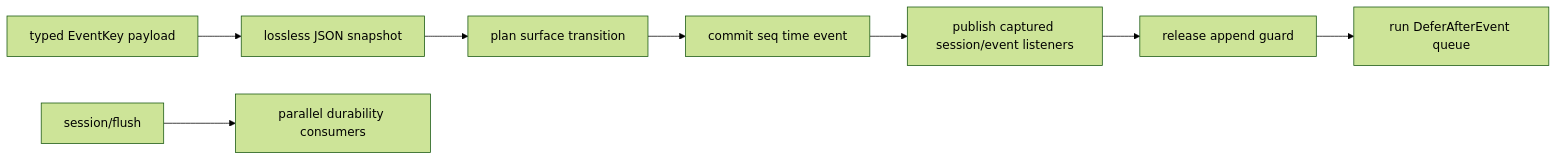
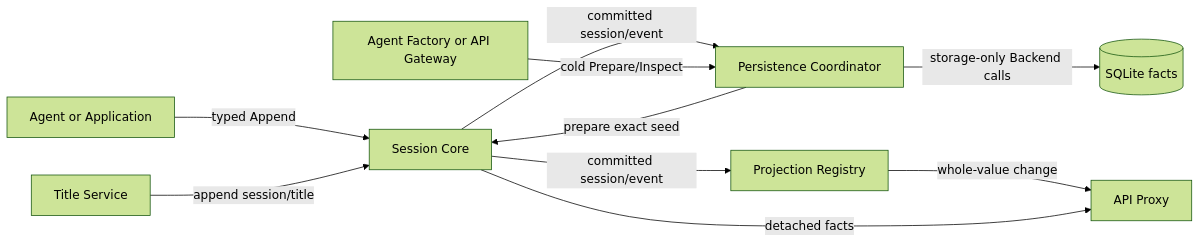
The diagram in session/README.zh-CN.md (gorenx/goren), drawn with Mermaid (forest theme) before and after one commit. The commit also changed other lines of this file and 16 other files, not shown here.

````diff
--- a/session/README.zh-CN.md
+++ b/session/README.zh-CN.md
@@ -7,10 +19,12 @@
 ```mermaid
 flowchart LR
-    A[typed EventKey payload] --> B[lossless JSON snapshot]
-    B --> C[plan surface transition]
-    C --> D[commit seq time event]
-    D --> E[publish captured session/event listeners]
-    E --> F[release append guard]
-    F --> G[run DeferAfterEvent queue]
-    H[session/flush] --> I[parallel durability consumers]
+    A[Agent or Application] -->|typed Append| B[Session Core]
+    B -->|committed session/event| C[Persistence Coordinator]
+    C -->|storage-only Backend calls| D[(SQLite facts)]
+    B -->|committed session/event| E[Projection Registry]
+    F[Title Service] -->|append session/title| B
+    E -->|whole-value change| G[API Proxy]
+    B -->|detached facts| G
+    H[Agent Factory or API Gateway] -->|cold Prepare/Inspect| C
+    C -->|prepare exact seed| B
 ```
````
